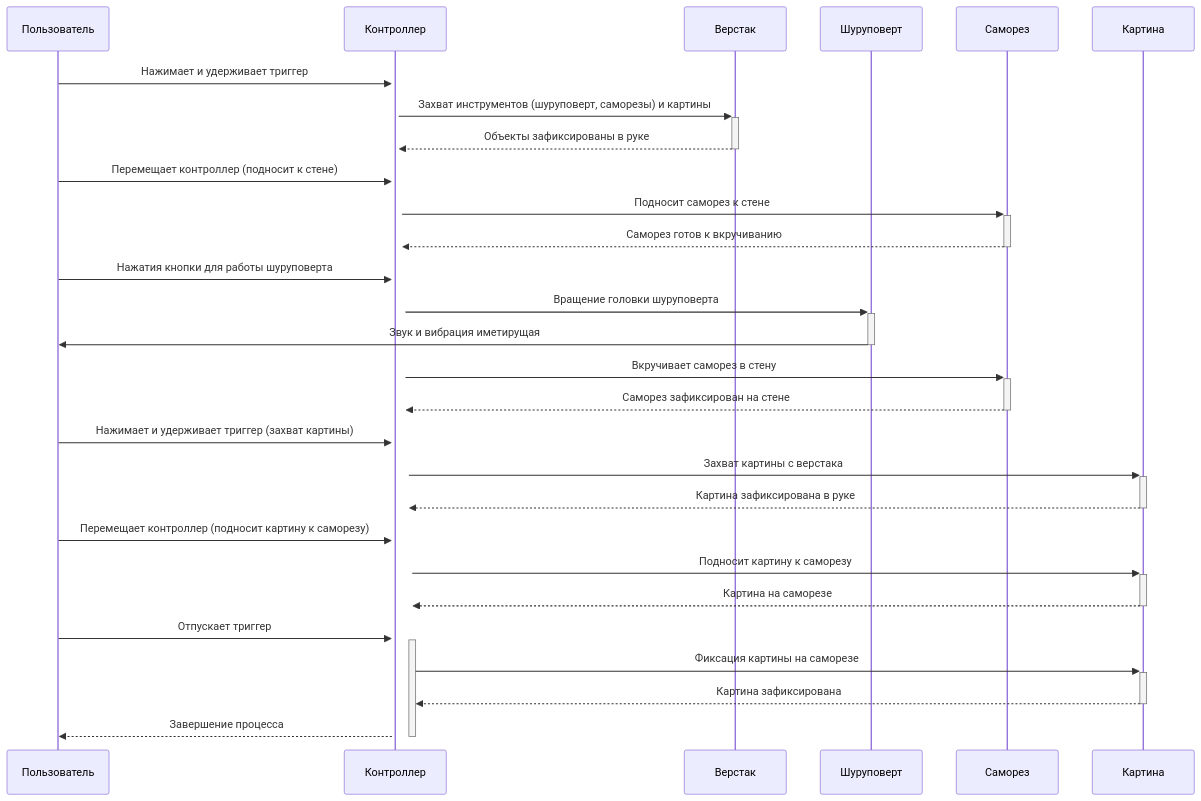
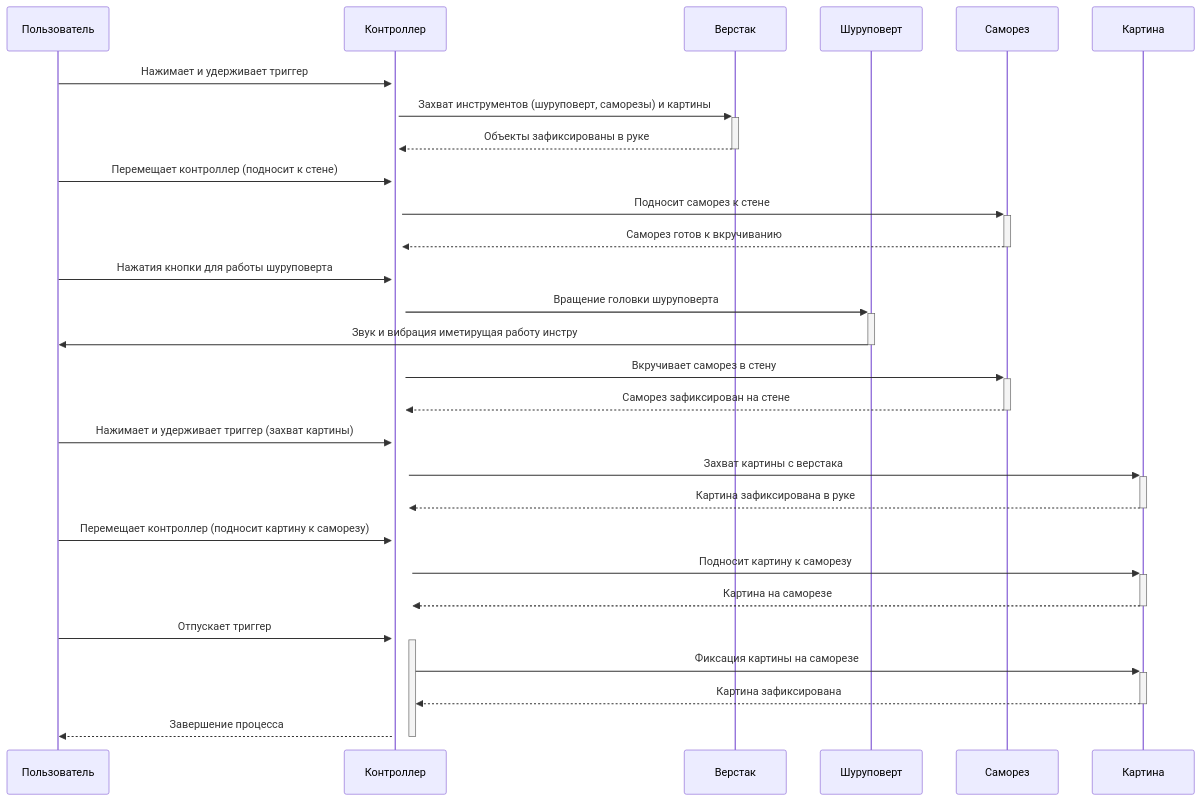
The diagram in all/не называться-1.md (NerdyCep/iodraw-files), drawn with Mermaid before and after one commit.

Commit message:
2025-02-25 18:29:00 update

````diff
--- a/all/не называться-1.md
+++ b/all/не называться-1.md
@@ -1,32 +1,32 @@
 ```mermaid
 sequenceDiagram
     participant Пользователь
     participant Контроллер
     participant Верстак
     participant Шуруповерт
     participant Саморез
     participant Картина
     
 
     Пользователь->>+Контроллер: Нажимает и удерживает триггер
     Контроллер->>+Верстак: Захват инструментов (шуруповерт, саморезы) и картины
     Верстак-->>-Контроллер: Объекты зафиксированы в руке
     Пользователь->>+Контроллер: Перемещает контроллер (подносит к стене)
     Контроллер->>+Саморез: Подносит саморез к стене
     Саморез-->>-Контроллер: Саморез готов к вкручиванию
     Пользователь->>+Контроллер: Нажатия кнопки для работы шуруповерта
     Контроллер->>+Шуруповерт: Вращение головки шуруповерта
-    Шуруповерт->>-Пользователь: Звук и вибрация иметирущая 
+    Шуруповерт->>-Пользователь: Звук и вибрация иметирущая работу инстру
     Контроллер->>+Саморез: Вкручивает саморез в стену
     Саморез-->>-Контроллер: Саморез зафиксирован на стене
     Пользователь->>+Контроллер: Нажимает и удерживает триггер (захват картины)
     Контроллер->>+Картина: Захват картины с верстака
     Картина-->>-Контроллер: Картина зафиксирована в руке
     Пользователь->>+Контроллер: Перемещает контроллер (подносит картину к саморезу)
     Контроллер->>+Картина: Подносит картину к саморезу
     Картина-->>-Контроллер: Картина на саморезе
     Пользователь->>+Контроллер: Отпускает триггер
     Контроллер->>+Картина: Фиксация картины на саморезе
     Картина-->>-Контроллер: Картина зафиксирована
     Контроллер-->>-Пользователь: Завершение процесса
 ```
````
